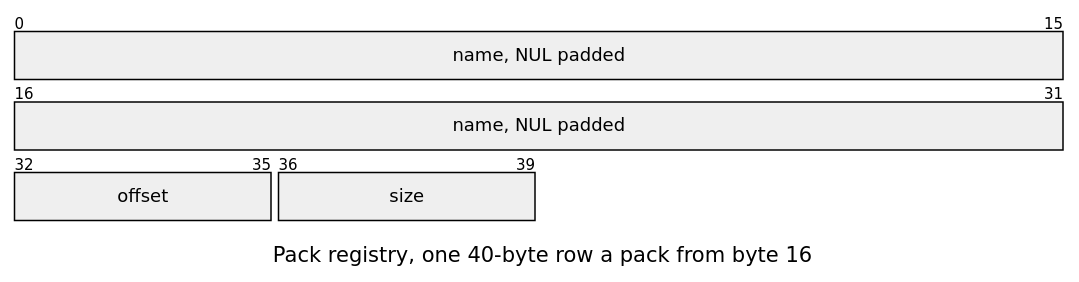
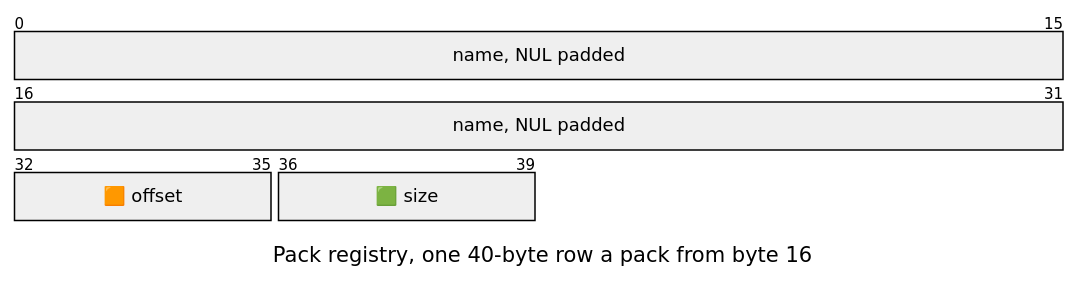
The second of 2 diagrams in docs/assets/formats/ABDR.md (jose-villegas/autana), drawn with Mermaid before and after one commit. The commit also changed other lines of this file and 14 other files, not shown here.

````diff
--- a/docs/assets/formats/ABDR.md
+++ b/docs/assets/formats/ABDR.md
@@ -22,13 +22,13 @@
 ```mermaid
 ---
 config:
   packet:
     bitsPerRow: 16
     bitWidth: 44
 ---
 packet-beta
 title Pack registry, one 40-byte row a pack from byte 16
 0-31: "name, NUL padded"
-32-35: "offset"
-36-39: "size"
+32-35: "🟧 offset"
+36-39: "🟩 size"
 ```
````
